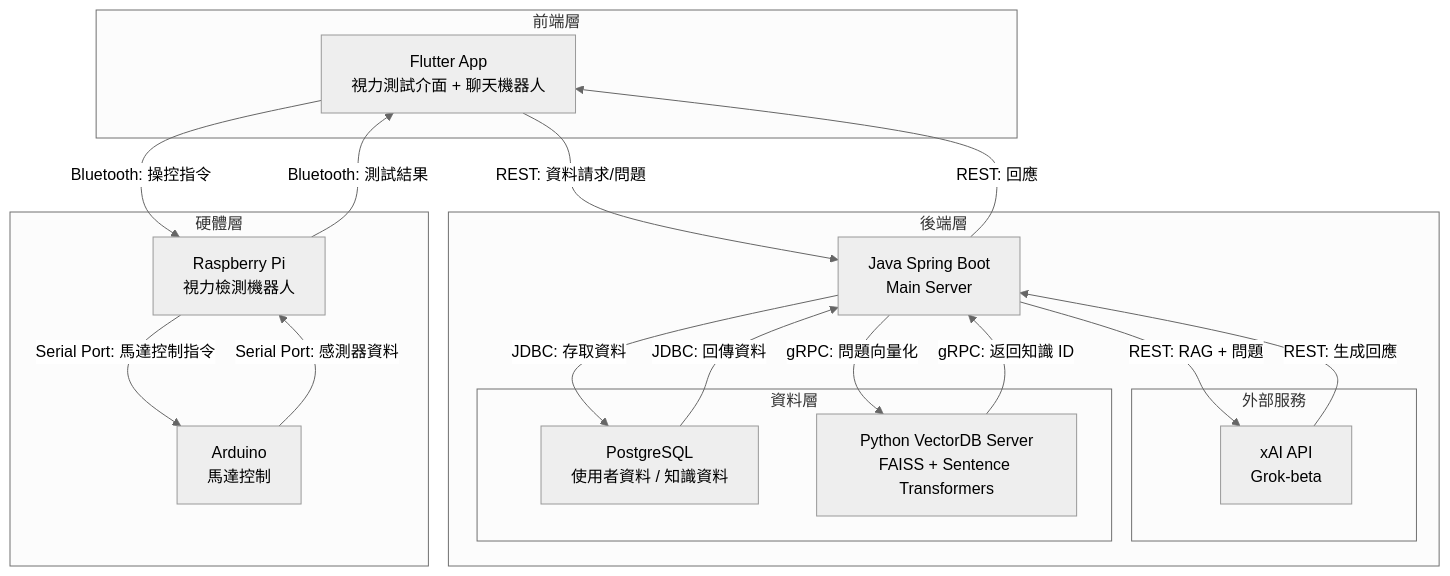
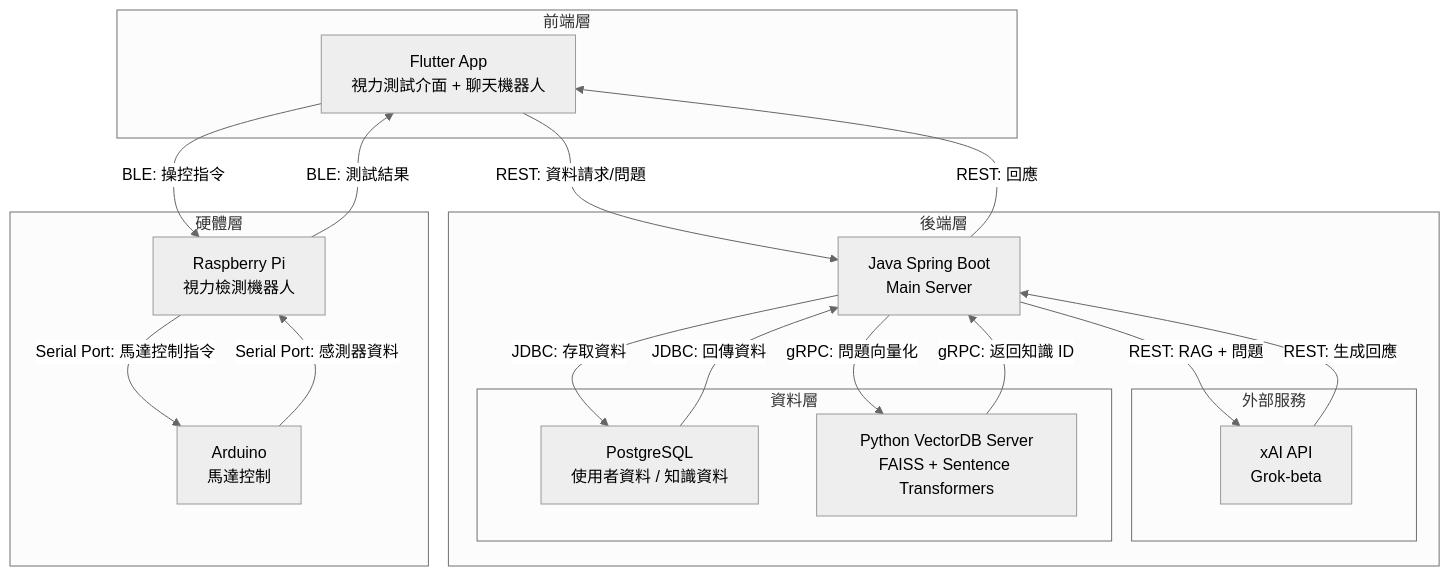
The diagram in README.md (sunnyshoun/2025-NCKU-Medical-System-Project), drawn with Mermaid (neutral theme) before and after one commit. The commit also changed other lines of this file and 63 other files, not shown here.

````diff
--- a/README.md
+++ b/README.md
@@ -17,39 +17,39 @@
 ```mermaid
 graph TD
     %% 前端層
     subgraph Frontend [前端層]
         A[Flutter App<br>視力測試介面 + 聊天機器人]
     end
 
     %% 後端層
     subgraph Backend [後端層]
         B[Java Spring Boot<br>Main Server]
         subgraph External [外部服務]
             E[xAI API<br>Grok-beta]
         end
         subgraph Data [資料層]
             C[PostgreSQL<br>使用者資料 / 知識資料]
             D[Python VectorDB Server<br>FAISS + Sentence Transformers]
         end
     end
 
     %% 硬體層
     subgraph Hardware [硬體層]
         F[Raspberry Pi<br>視力檢測機器人]
         G[Arduino<br>馬達控制]
     end
 
     %% 資料流
-    A -->|Bluetooth: 操控指令| F
-    F -->|Bluetooth: 測試結果| A
+    A -->|BLE: 操控指令| F
+    F -->|BLE: 測試結果| A
     A -->|REST: 資料請求/問題| B
     B -->|JDBC: 存取資料| C
     C -->|JDBC: 回傳資料| B
     B -->|gRPC: 問題向量化| D
     D -->|gRPC: 返回知識 ID| B
     B -->|REST: RAG + 問題| E
     E -->|REST: 生成回應| B
     B -->|REST: 回應| A
     F -->|Serial Port: 馬達控制指令| G
     G -->|Serial Port: 感測器資料| F
 ```
````
